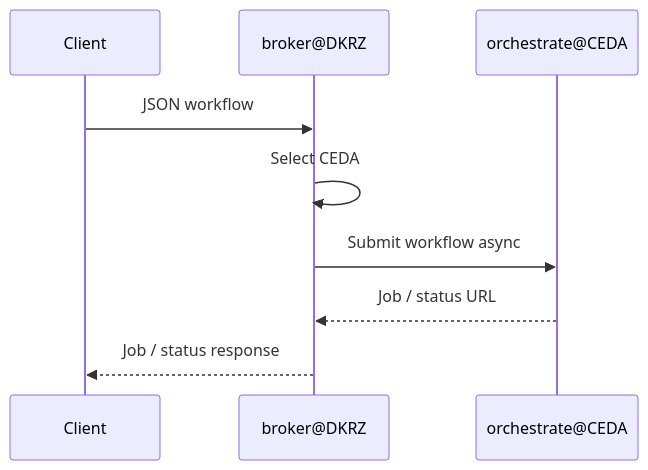
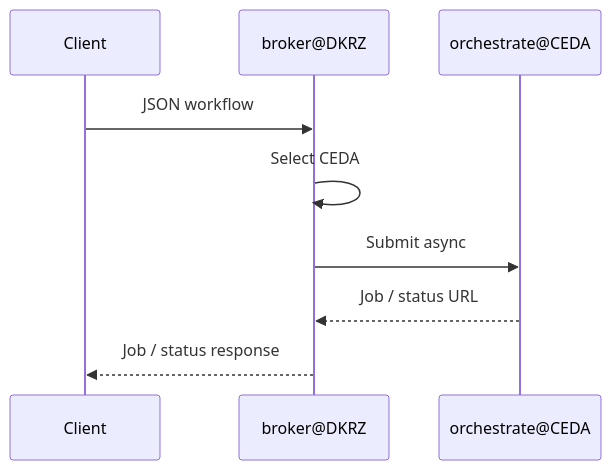
Diagram 12 of 15 in ARCH_ESGF2.md (roocs/rook), drawn with Mermaid before and after one commit. The commit also changed other lines of this file, not shown here.

````diff
--- a/ARCH_ESGF2.md
+++ b/ARCH_ESGF2.md
@@ -202,12 +398,12 @@
 ```mermaid
 sequenceDiagram
     participant C as Client
     participant B as broker@DKRZ
     participant O as orchestrate@CEDA
 
     C->>B: JSON workflow
     B->>B: Select CEDA
-    B->>O: Submit workflow async
+    B->>O: Submit async
     O-->>B: Job / status URL
     B-->>C: Job / status response
 ```
````
